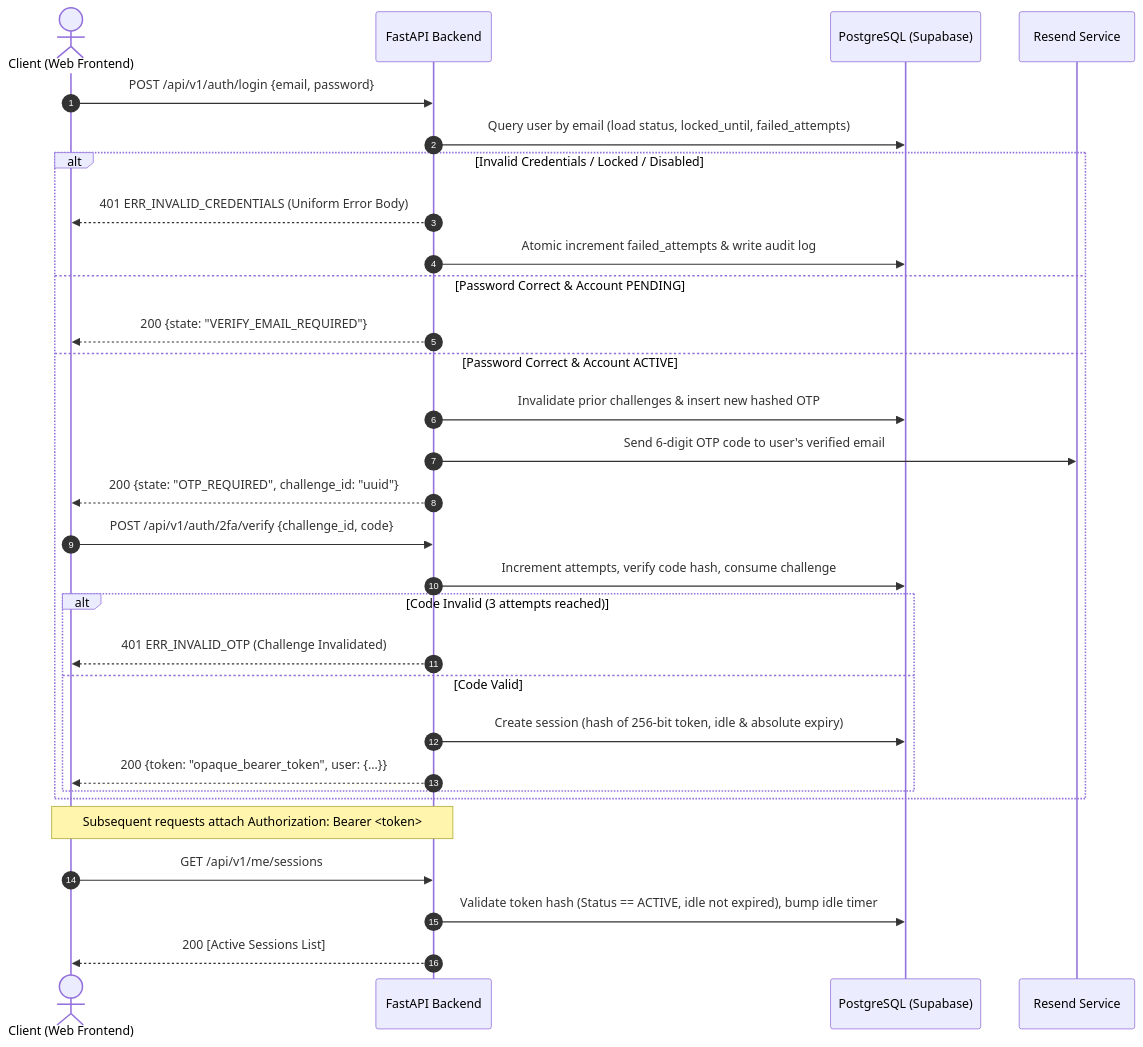
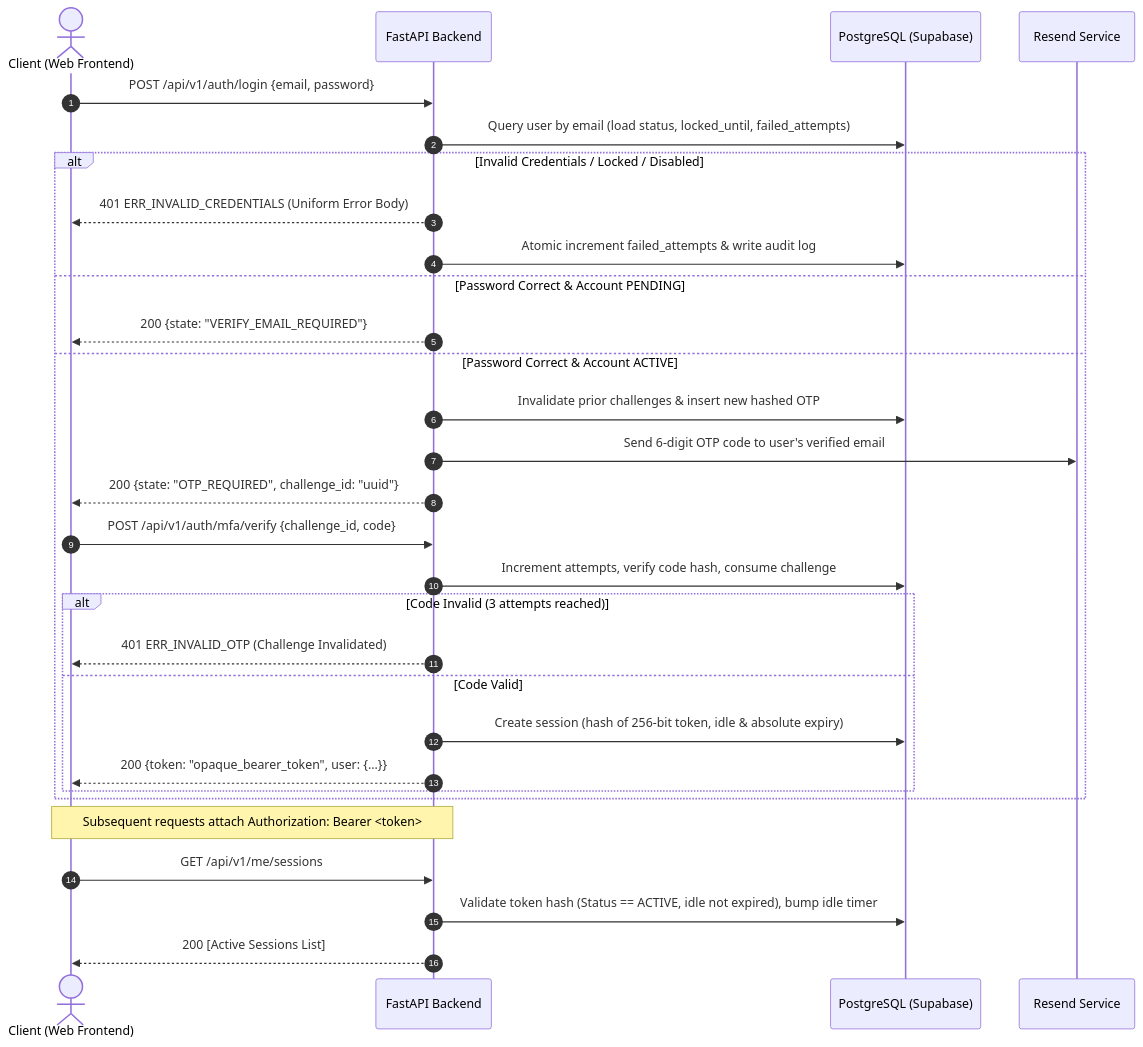
One commit to ABhardwaj28/vaultauth-frontend changed the second of 3 diagrams in docs/PRD_v2.0.md. Above: the diagram before and after it, drawn with Mermaid. The commit also changed other lines of this file and 31 other files, not shown here.

````diff
--- a/docs/PRD_v2.0.md
+++ b/docs/PRD_v2.0.md
@@ -166,33 +166,33 @@
 ```mermaid
 sequenceDiagram
     autonumber
     actor User as Client (Web Frontend)
     participant API as FastAPI Backend
     participant DB as PostgreSQL (Supabase)
     participant Mail as Resend Service
 
     User->>API: POST /api/v1/auth/login {email, password}
     API->>DB: Query user by email (load status, locked_until, failed_attempts)
     alt Invalid Credentials / Locked / Disabled
         API-->>User: 401 ERR_INVALID_CREDENTIALS (Uniform Error Body)
         API->>DB: Atomic increment failed_attempts & write audit log
     else Password Correct & Account PENDING
         API-->>User: 200 {state: "VERIFY_EMAIL_REQUIRED"}
     else Password Correct & Account ACTIVE
         API->>DB: Invalidate prior challenges & insert new hashed OTP
         API->>Mail: Send 6-digit OTP code to user's verified email
         API-->>User: 200 {state: "OTP_REQUIRED", challenge_id: "uuid"}
-        User->>API: POST /api/v1/auth/2fa/verify {challenge_id, code}
+        User->>API: POST /api/v1/auth/mfa/verify {challenge_id, code}
         API->>DB: Increment attempts, verify code hash, consume challenge
         alt Code Invalid (3 attempts reached)
             API-->>User: 401 ERR_INVALID_OTP (Challenge Invalidated)
         else Code Valid
             API->>DB: Create session (hash of 256-bit token, idle & absolute expiry)
             API-->>User: 200 {token: "opaque_bearer_token", user: {...}}
         end
     end
     Note over User,API: Subsequent requests attach Authorization: Bearer <token>
     User->>API: GET /api/v1/me/sessions
     API->>DB: Validate token hash (Status == ACTIVE, idle not expired), bump idle timer
     API-->>User: 200 [Active Sessions List]
 ```
````
